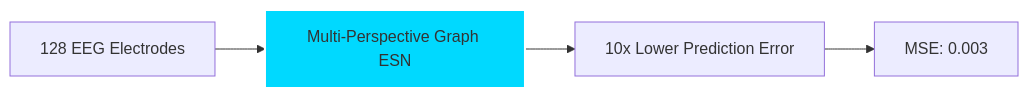
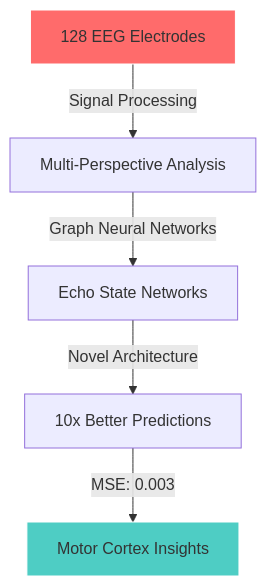
The diagram in README.md (Krish0909/Krish0909), drawn with Mermaid before and after one commit. The commit also changed other lines of this file, not shown here.

````diff
--- a/README.md
+++ b/README.md
@@ -52,7 +94,10 @@
 ```mermaid
-graph LR
-    A[128 EEG Electrodes] --> B[Multi-Perspective Graph ESN]
-    B --> C[10x Lower Prediction Error]
-    C --> D[MSE: 0.003]
-    style B fill:#00D9FF,stroke:#fff,stroke-width:2px
+graph TD
+    A[128 EEG Electrodes] -->|Signal Processing| B[Multi-Perspective Analysis]
+    B -->|Graph Neural Networks| C[Echo State Networks]
+    C -->|Novel Architecture| D[10x Better Predictions]
+    D -->|MSE: 0.003| E[Motor Cortex Insights]
+    
+    style A fill:#ff6b6b,stroke:#fff
+    style E fill:#4ecdc4,stroke:#fff
 ```
````
